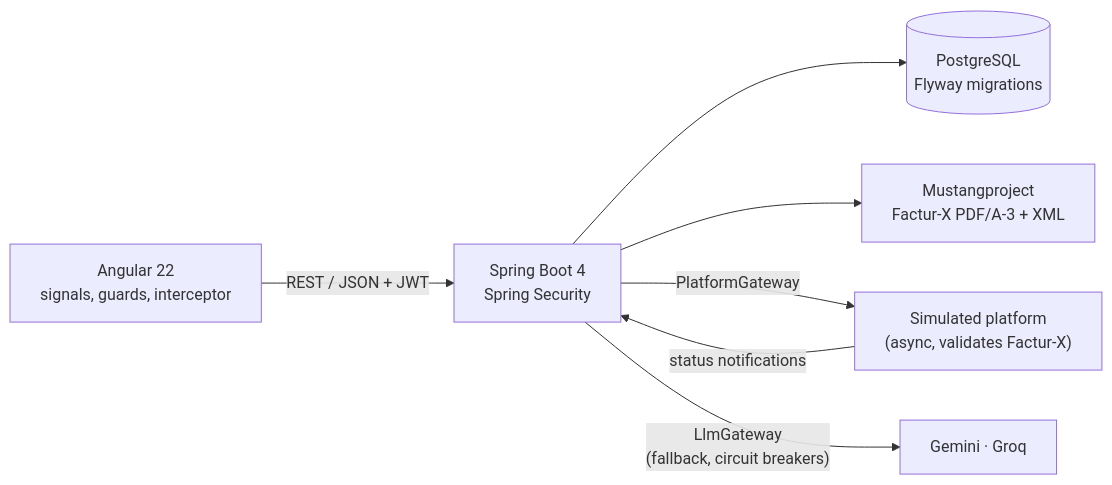
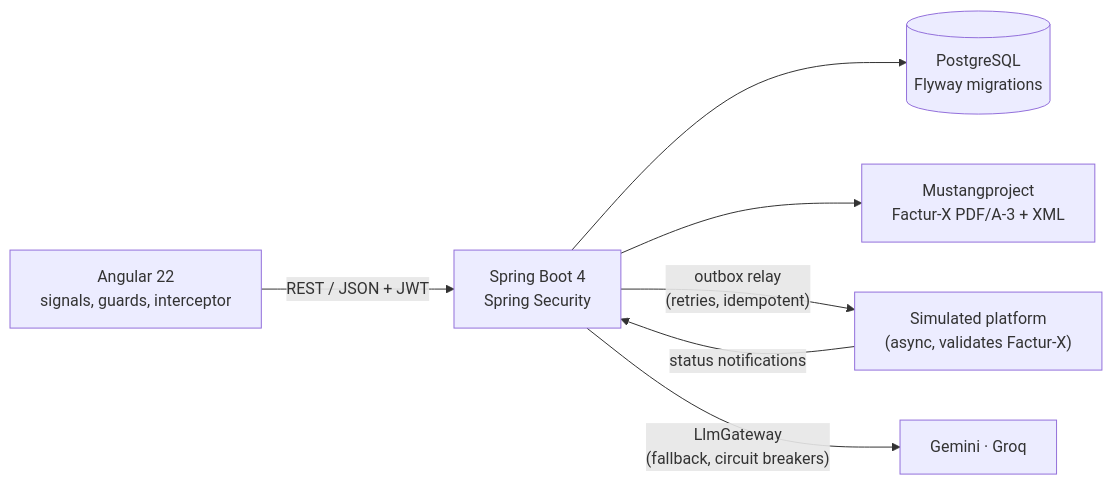
Before and after one commit to MamitianaRak/efacture: the diagram in README.md, drawn with Mermaid. The commit also changed other lines of this file and 28 other files, not shown here.

First line of the commit message:
Send platform messages through a transactional outbox

````diff
--- a/README.md
+++ b/README.md
@@ -30,9 +37,9 @@
 ```mermaid
 flowchart LR
     UI["Angular 22<br/>signals, guards, interceptor"] -- "REST / JSON + JWT" --> API["Spring Boot 4<br/>Spring Security"]
     API --> DB[("PostgreSQL<br/>Flyway migrations")]
     API --> FX["Mustangproject<br/>Factur-X PDF/A-3 + XML"]
-    API -- "PlatformGateway" --> PA["Simulated platform<br/>(async, validates Factur-X)"]
+    API -- "outbox relay<br/>(retries, idempotent)" --> PA["Simulated platform<br/>(async, validates Factur-X)"]
     PA -- "status notifications" --> API
     API -- "LlmGateway<br/>(fallback, circuit breakers)" --> LLM["Gemini · Groq"]
 ```
````
